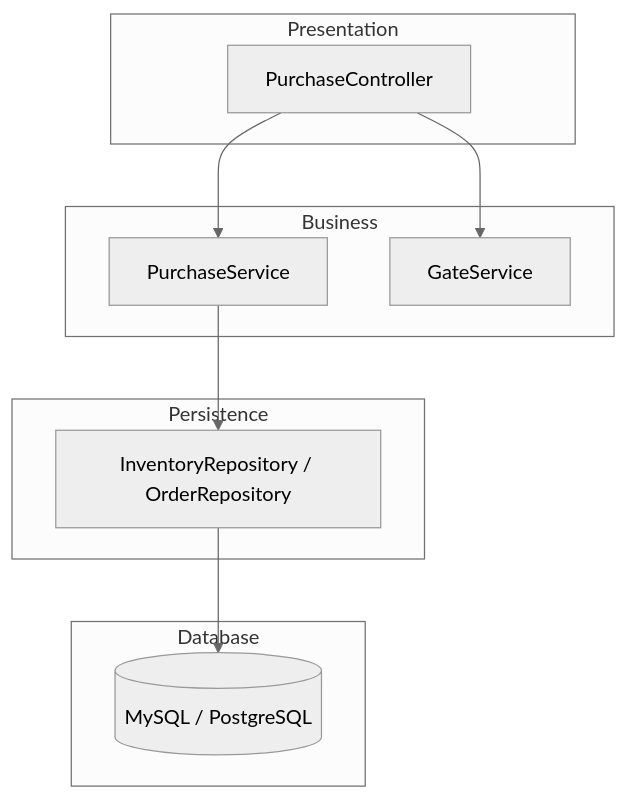
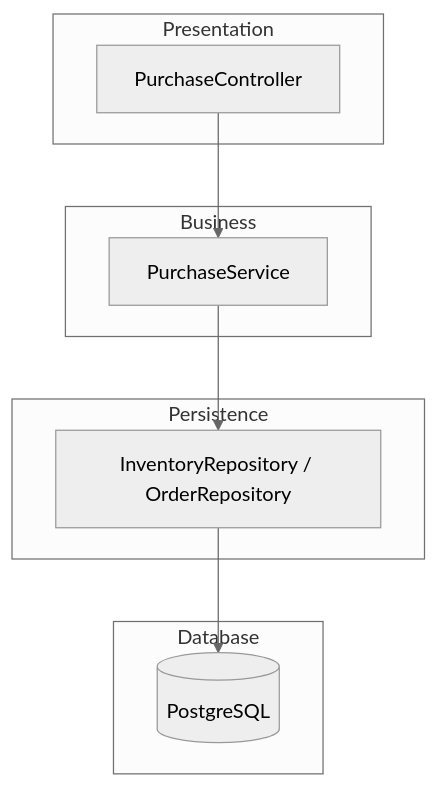
The second of 9 diagrams in architecture-patterns.md (Iffrah992/Advanced-software-architecture-patterns), drawn with Mermaid (neutral theme) before and after one commit. The commit also changed other lines of this file, not shown here.

````diff
--- a/architecture-patterns.md
+++ b/architecture-patterns.md
@@ -68,20 +61,16 @@
 ```mermaid
 flowchart TB
     subgraph Presentation
         C[PurchaseController]
     end
     subgraph Business
         S[PurchaseService]
-        G[GateService]
     end
     subgraph Persistence
         R[InventoryRepository / OrderRepository]
     end
     subgraph Database
-        DB[(MySQL / PostgreSQL)]
+        DB[(PostgreSQL)]
     end
-    C --> S
-    C --> G
-    S --> R
-    R --> DB
+    C --> S --> R --> DB
 ```
````
